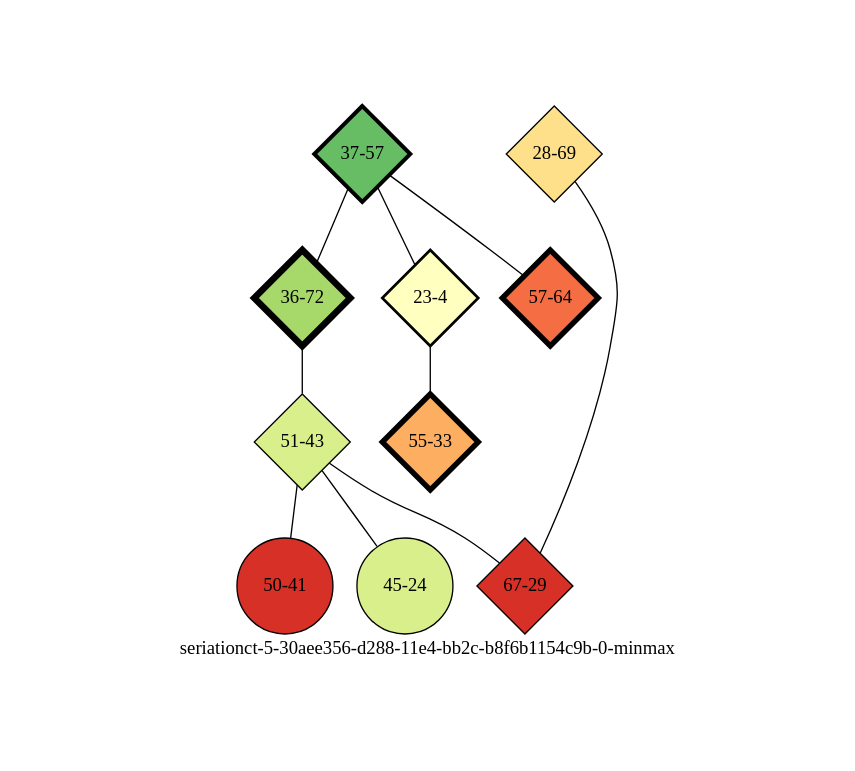
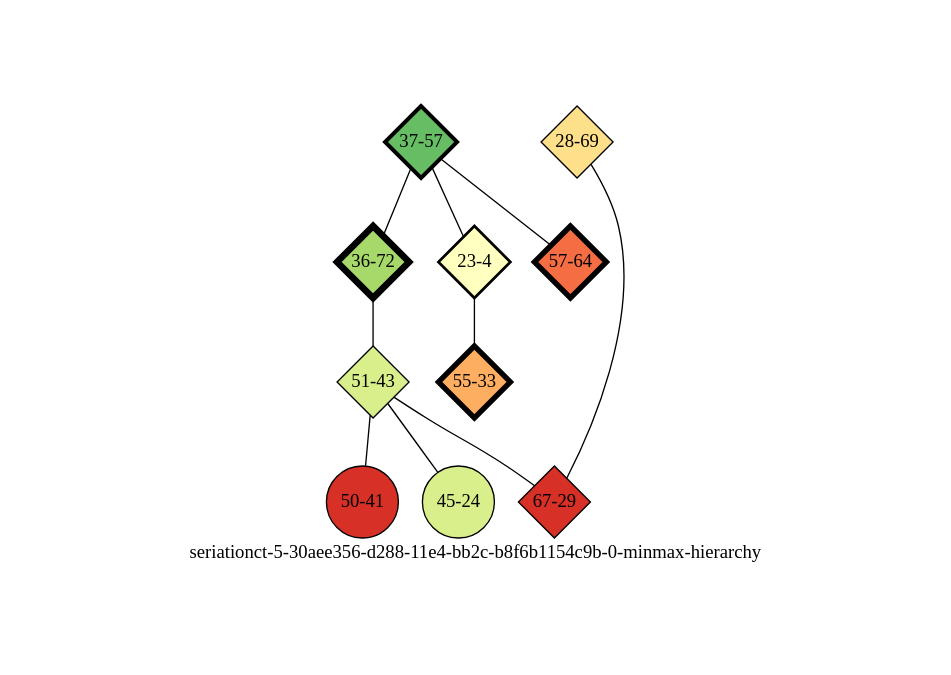
The diagram in experiments/seriationct-5/seriation-results/30aee356-d288-11e4-bb2c-b8f6b1154c9b-0-sampled-0.3/30aee356-d288-11e4-bb2c-b8f6b1154c9b-0-sampled-0.3-minmax-by-weight.png-annotated-hierarchy.dot (mmadsen/experiment-seriationct), drawn with Graphviz before and after one commit. The commit also changed 54 other files, not shown here.

```diff
--- a/experiments/seriationct-5/seriation-results/30aee356-d288-11e4-bb2c-b8f6b1154c9b-0-sampled-0.3/30aee356-d288-11e4-bb2c-b8f6b1154c9b-0-sampled-0.3-minmax-by-weight.png-annotated-hierarchy.dot
+++ b/experiments/seriationct-5/seriation-results/30aee356-d288-11e4-bb2c-b8f6b1154c9b-0-sampled-0.3/30aee356-d288-11e4-bb2c-b8f6b1154c9b-0-sampled-0.3-minmax-by-weight.png-annotated-hierarchy.dot
@@ -1,26 +1,26 @@
-strict graph "seriationct-5-30aee356-d288-11e4-bb2c-b8f6b1154c9b-0-minmax" {
+strict graph "seriationct-5-30aee356-d288-11e4-bb2c-b8f6b1154c9b-0-minmax-hierarchy" {
 labelloc=b;
 ratio=auto;
 pad="1.0";
-label="seriationct-5-30aee356-d288-11e4-bb2c-b8f6b1154c9b-0-minmax";
-node [width=1, style=filled, fixedsize=true, height=1, shape=circle, label=""];
+label="seriationct-5-30aee356-d288-11e4-bb2c-b8f6b1154c9b-0-minmax-hierarchy";
+node [width="0.75", style=filled, fixedsize=true, height="0.75", shape=circle, label=""];
 0 [xCoordinate="57.0", appears_in_slice=3, yCoordinate="37.0", level=child, colorscheme=rdylgn11, child_of=root, short_label="37-57", label="37-57", shape=diamond, fillcolor=9, size="955.864342781", parent_node="assemblage-13-15", id=0, penwidth="3.0"];
 1 [xCoordinate="72.0", appears_in_slice=5, yCoordinate="36.0", level=child, colorscheme=rdylgn11, child_of=root, short_label="36-72", label="36-72", shape=diamond, fillcolor=8, size="971.028492639", parent_node="assemblage-13-15", id=1, penwidth="5.0"];
 2 [xCoordinate="43.0", appears_in_slice=1, yCoordinate="51.0", level=child, colorscheme=rdylgn11, child_of=root, short_label="51-43", label="51-43", shape=diamond, fillcolor=7, size="31.9520471602", parent_node="assemblage-13-15", id=2, penwidth="1.0"];
 3 [xCoordinate="4.0", appears_in_slice=2, yCoordinate="23.0", level=child, colorscheme=rdylgn11, child_of=root, short_label="23-4", label="23-4", shape=diamond, fillcolor=6, size="978.555525282", parent_node="assemblage-13-15", id=3, penwidth="2.0"];
 4 [xCoordinate="69.0", appears_in_slice=1, yCoordinate="28.0", level=child, colorscheme=rdylgn11, child_of=root, short_label="28-69", label="28-69", shape=diamond, fillcolor=5, size="31.9520471602", parent_node="assemblage-13-15", id=4, penwidth="1.0"];
 5 [xCoordinate="33.0", appears_in_slice=4, yCoordinate="55.0", level=child, colorscheme=rdylgn11, child_of=root, short_label="55-33", label="55-33", shape=diamond, fillcolor=4, size="967.395701748", parent_node="assemblage-13-15", id=5, penwidth="4.0"];
 6 [xCoordinate="64.0", appears_in_slice=4, yCoordinate="57.0", level=child, colorscheme=rdylgn11, child_of=root, short_label="57-64", label="57-64", shape=diamond, fillcolor=3, size="967.395701748", parent_node="assemblage-13-15", id=6, penwidth="4.0"];
 7 [xCoordinate="41.0", appears_in_slice=1, yCoordinate="50.0", level=grandchild, colorscheme=rdylgn11, child_of="assemblage-67-29", short_label="50-41", label="50-41", shape=circle, fillcolor=2, size="31.9520471602", parent_node="assemblage-67-29", id=7, penwidth="1.0"];
 8 [xCoordinate="24.0", appears_in_slice=1, yCoordinate="45.0", level=grandchild, colorscheme=rdylgn11, child_of="assemblage-51-43", short_label="45-24", label="45-24", shape=circle, fillcolor=7, size="31.9520471602", parent_node="assemblage-51-43", id=8, penwidth="1.0"];
 9 [xCoordinate="29.0", appears_in_slice=1, yCoordinate="67.0", level=child, colorscheme=rdylgn11, child_of=root, short_label="67-29", label="67-29", shape=diamond, fillcolor=2, size="31.9520471602", parent_node="assemblage-13-15", id=9, penwidth="1.0"];
 0 -- 1  [inverseweight="5758.65532699", weight="0.000173651650119"];
 0 -- 3  [inverseweight="8073.55949411", weight="0.000123861104972"];
 0 -- 6  [inverseweight="1737.54877829", weight="0.000575523411196"];
 1 -- 2  [inverseweight="1.12605787536", weight="0.888053821994"];
 2 -- 8  [inverseweight="1.20803086966", weight="0.827793415807"];
 2 -- 9  [inverseweight="4.35205540834", weight="0.22977648632"];
 2 -- 7  [inverseweight="1.14295129363", weight="0.87492792175"];
 3 -- 5  [inverseweight="11525.1974038", weight="8.67664097161e-05"];
 4 -- 9  [inverseweight="2.2535449", weight="0.443745318764"];
 }
```
